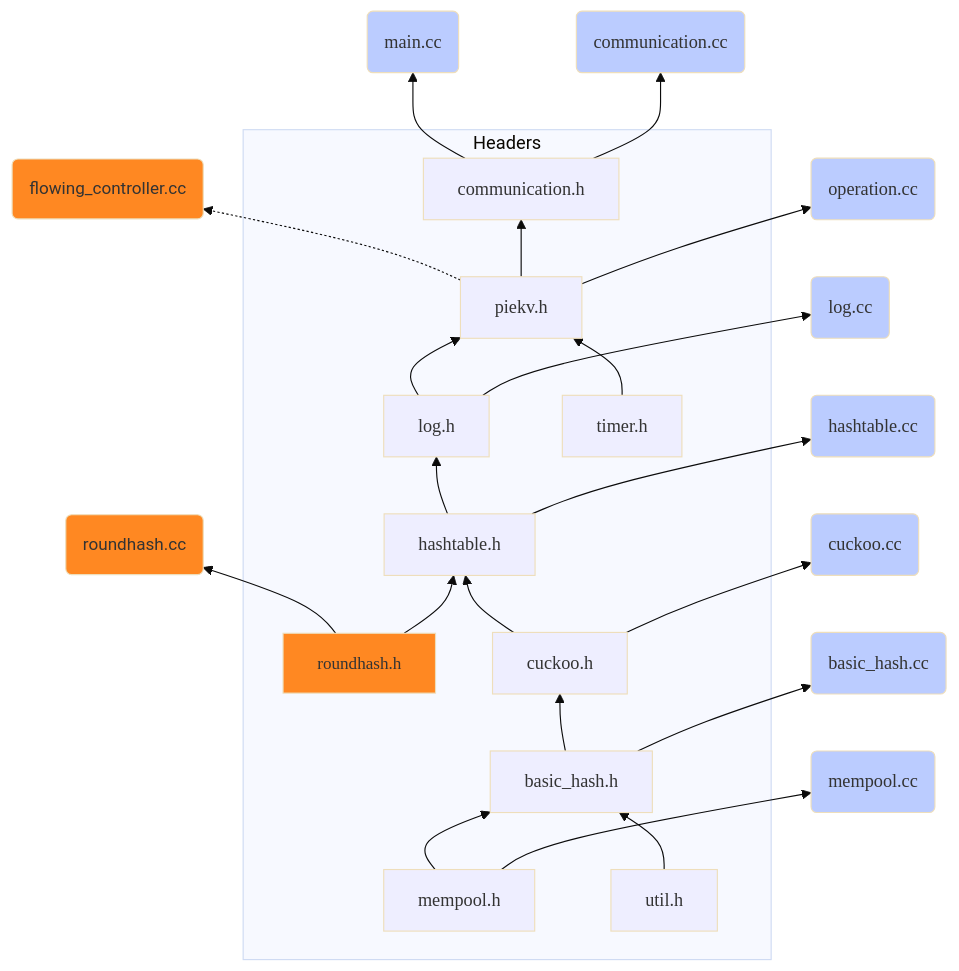
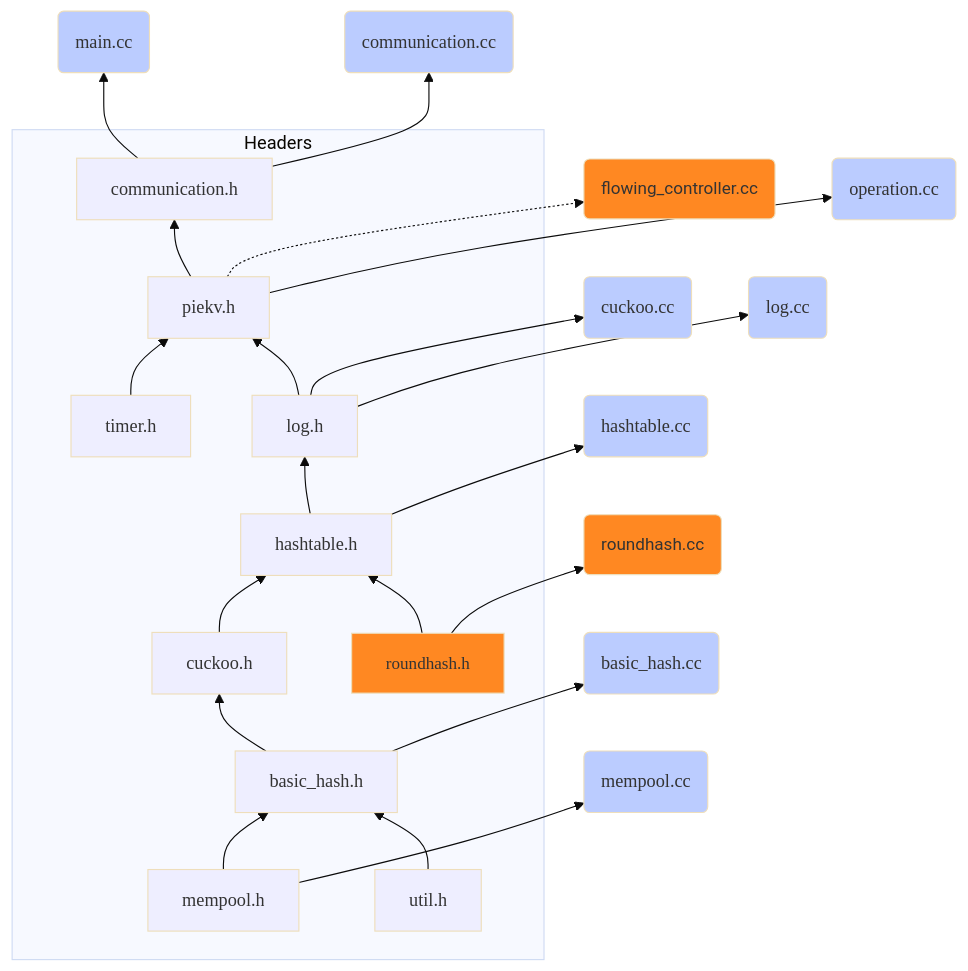
The second of 2 diagrams in README.md (JuvenileFir/ACEKV), drawn with Mermaid (base theme) before and after one commit. The commit also changed other lines of this file, not shown here.

````diff
--- a/README.md
+++ b/README.md
@@ -75,41 +75,40 @@
 ```mermaid
 %%{ init: { 'flowchart': { 'curve': 'basis' } } }%%
 flowchart BT
 roundhash.h:::header --> rp(roundhash.cc):::diff
 piekv.h -.-> fp(flowing_controller.cc):::diff
 subgraph Headers
 basic_hash.h:::header --> cuckoo.h
 cuckoo.h:::header --> hashtable.h
 hashtable.h:::header --> log.h
 timer.h:::header --> piekv.h
 log.h:::header --> piekv.h
 mempool.h --> basic_hash.h
 piekv.h:::header --> communication.h
 roundhash.h:::diff --> hashtable.h
 
 util.h:::header --> basic_hash.h
 end
 basic_hash.h --> bp(basic_hash.cc):::source
 
 
 communication.h --> main(main.cc):::source
 communication.h:::header --> cp(communication.cc):::source
 
-cuckoo.h --> cc(cuckoo.cc):::source
-
 hashtable.h --> ht(hashtable.cc):::source
 
+log.h --> cc(cuckoo.cc):::source
 log.h --> lg(log.cc):::source
 
 mempool.h:::header --> mp(mempool.cc):::source
 
 piekv.h --> op(operation.cc):::source
 
 %%util.h --> zipf.h
 
 %%zipf.h --> NO_INCLUDE
 classDef header fill:#eef,font-family:arias,font-size:16px,font-weight:300;
 classDef source fill:#bcf,font-family:arias,font-size:16px;
 classDef diff fill:#f82,font-size:15px;
 
 ```
````
